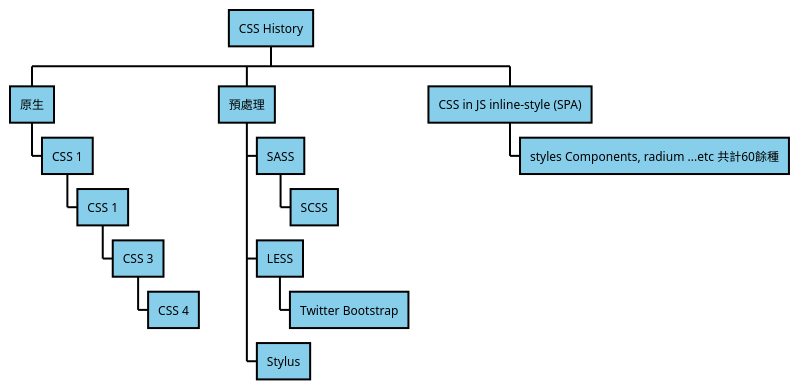
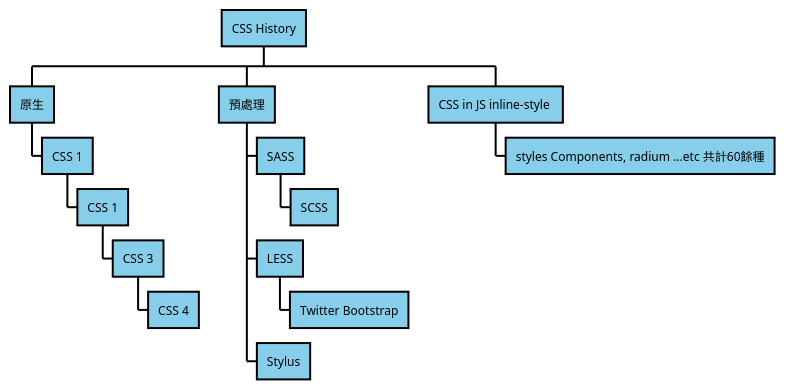
The diagram in UML/CSS-tech-history.plantuml (pakerchang/study), drawn with PlantUML before and after one commit. The commit also changed 2 other files, not shown here.

```diff
--- a/UML/CSS-tech-history.plantuml
+++ b/UML/CSS-tech-history.plantuml
@@ -1,33 +1,33 @@
 @startwbs CSS history
 <style>
    wbsDiagram {
       HorizontalAlignment: left;
       LineColor: black;
       LineThickness: 2
    }
    node {
          HorizontalAlignment: left;
          BackgroundColor: skyblue;
    }
 </style>
 
 * CSS History
 ** 原生
 *** CSS 1
 **** CSS 1
 ***** CSS 3
 ****** CSS 4
 
 ** 預處理
 *** SASS
 **** SCSS
 *** LESS
 **** Twitter Bootstrap
 *** Stylus
 
 
 
-** CSS in JS inline-style (SPA)
+** CSS in JS inline-style 
 *** styles Components, radium ...etc 共計60餘種
 
 @endwbs
```
